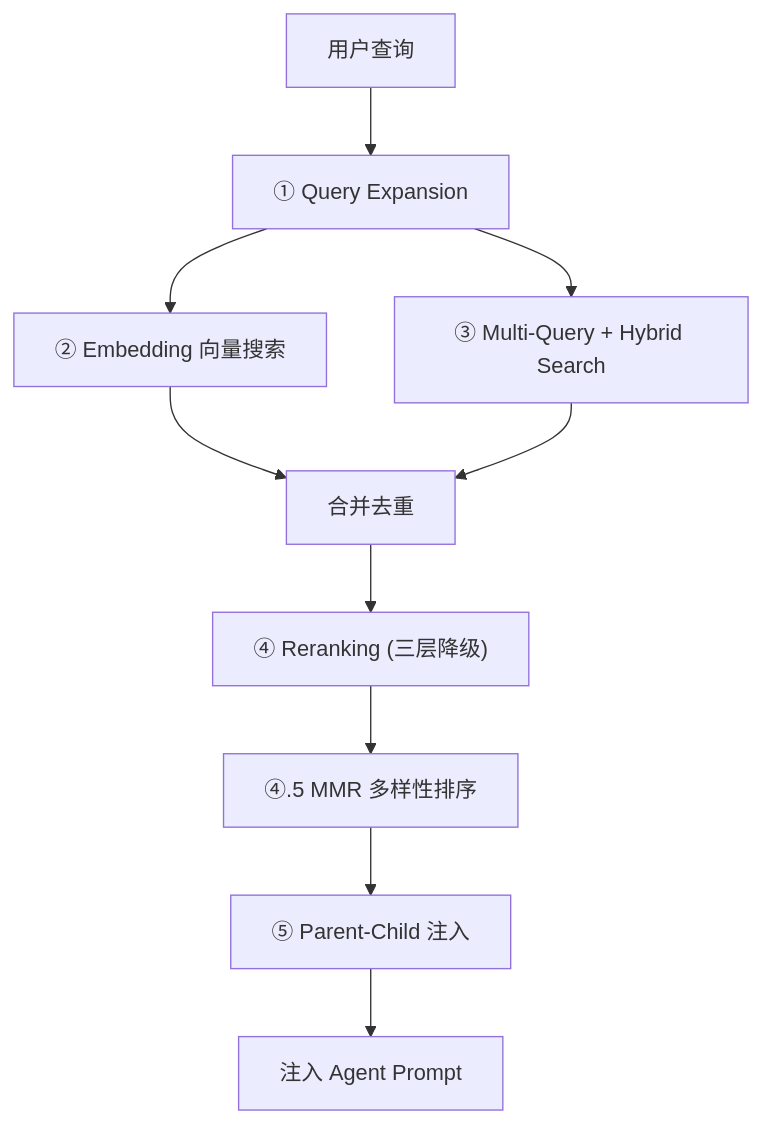
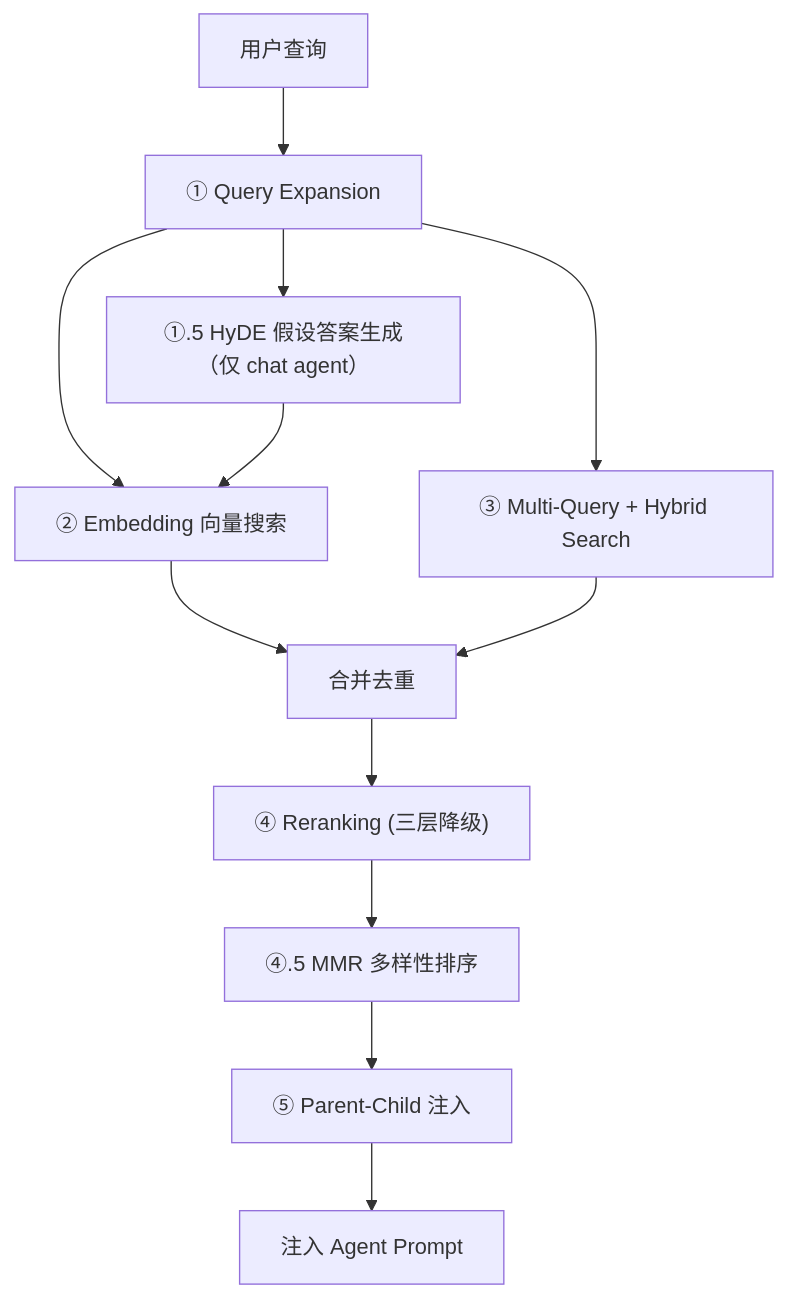
The third of 4 diagrams in DESIGN.md (wukun2005-gif/patentExaminator), drawn with Mermaid before and after one commit. The commit also changed other lines of this file and 17 other files, not shown here.

````diff
--- a/DESIGN.md
+++ b/DESIGN.md
@@ -1160,12 +1161,14 @@
 ```mermaid
 flowchart TD
     Q["用户查询"] --> QE["① Query Expansion"]
+    QE --> HYDE["①.5 HyDE 假设答案生成（仅 chat agent）"]
     QE --> ES["② Embedding 向量搜索"]
+    HYDE --> ES
     QE --> HS["③ Multi-Query + Hybrid Search"]
     ES --> MERGE["合并去重"]
     HS --> MERGE
     MERGE --> RR["④ Reranking (三层降级)"]
     RR --> MMR["④.5 MMR 多样性排序"]
     MMR --> PC["⑤ Parent-Child 注入"]
     PC --> PROMPT["注入 Agent Prompt"]
 ```
````
